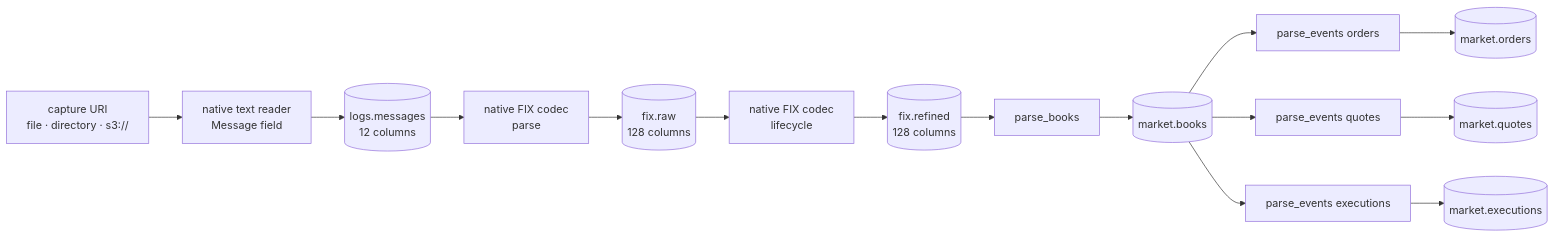
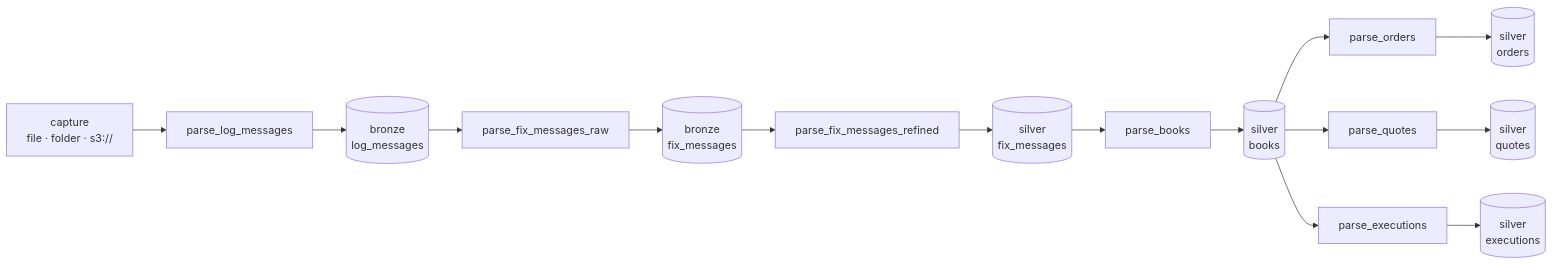
One commit to Platob/yggfin changed the diagram in docs/index.md. Above: the diagram before and after it, drawn with Mermaid. The commit also changed other lines of this file and 189 other files, not shown here.

First line of the commit message:
Bronze, silver and gold storages; seven tasks; State int32; schemas and docs

````diff
--- a/docs/index.md
+++ b/docs/index.md
@@ -69,13 +53,14 @@
 ```mermaid
 flowchart LR
-    S["capture URI<br/>file · directory · s3://"] --> T["native text reader<br/>Message field"]
-    T --> M[("logs.messages<br/>12 columns")]
-    M --> F["native FIX codec<br/>parse"]
-    F --> B[("fix.raw<br/>128 columns")]
-    B --> L["native FIX codec<br/>lifecycle"]
-    L --> O[("fix.refined<br/>128 columns")]
-    O --> K["parse_books"] --> BK[("market.books")]
-    BK --> PO["parse_events orders"] --> OT[("market.orders")]
-    BK --> PQ["parse_events quotes"] --> QT[("market.quotes")]
-    BK --> PE["parse_events executions"] --> ET[("market.executions")]
+    C["capture<br/>file · folder · s3://"] --> T1["parse_log_messages"]
+    T1 --> L[("bronze<br/>log_messages")]
+    L --> T2["parse_fix_messages_raw"]
+    T2 --> R[("bronze<br/>fix_messages")]
+    R --> T3["parse_fix_messages_refined"]
+    T3 --> S[("silver<br/>fix_messages")]
+    S --> T4["parse_books"]
+    T4 --> B[("silver<br/>books")]
+    B --> T5["parse_orders"] --> O[("silver<br/>orders")]
+    B --> T6["parse_quotes"] --> Q[("silver<br/>quotes")]
+    B --> T7["parse_executions"] --> E[("silver<br/>executions")]
 ```
````
